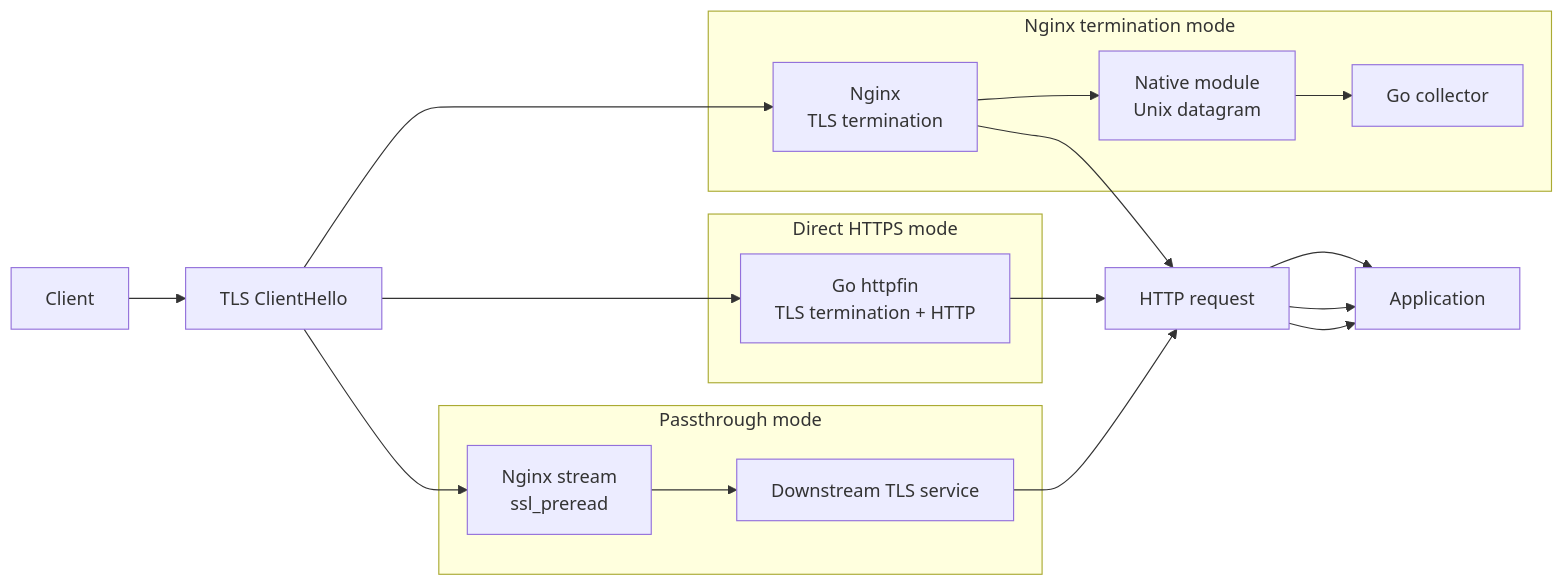
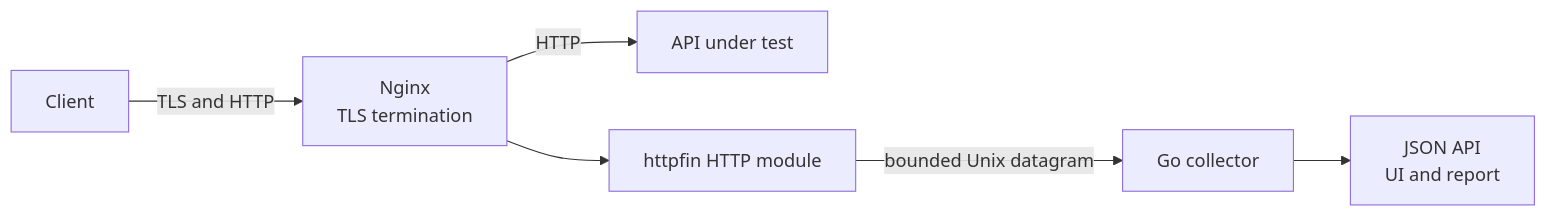
The first of 2 diagrams in docs/ARCHITECTURE.md (rbelshevitz/httpfin), drawn with Mermaid before and after one commit. The commit also changed other lines of this file and 1 other file, not shown here.

Commit message:
Simplify architecture documentation

````diff
--- a/docs/ARCHITECTURE.md
+++ b/docs/ARCHITECTURE.md
@@ -9,26 +9,15 @@
 ```mermaid
 flowchart LR
     C[Client]
-    T[TLS ClientHello]
-    H[HTTP request]
-    A[Application]
+    N[Nginx\nTLS termination]
+    A[API under test]
+    M[httpfin HTTP module]
+    G[Go collector]
+    R[JSON API\nUI and report]
 
-    subgraph D[Direct HTTPS mode]
-        G[Go httpfin\nTLS termination + HTTP]
-    end
-    subgraph N[Nginx termination mode]
-        X[Nginx\nTLS termination]
-        M[Native module\nUnix datagram]
-        O[Go collector]
-    end
-    subgraph P[Passthrough mode]
-        S[Nginx stream\nssl_preread]
-        B[Downstream TLS service]
-    end
-
-    C --> T
-    T --> G --> H --> A
-    T --> X --> M --> O
-    X --> H --> A
-    T --> S --> B --> H --> A
+    C -->|TLS and HTTP| N
+    N -->|HTTP| A
+    N --> M
+    M -->|bounded Unix datagram| G
+    G --> R
 ```
````
